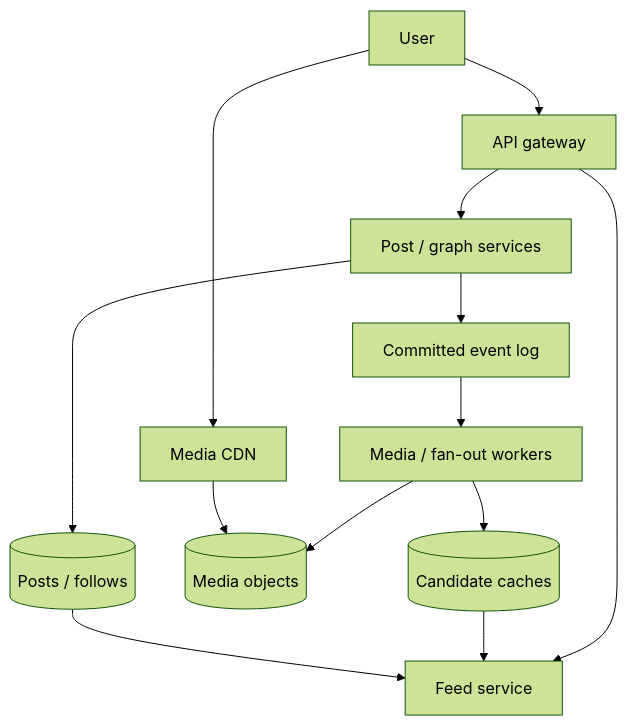
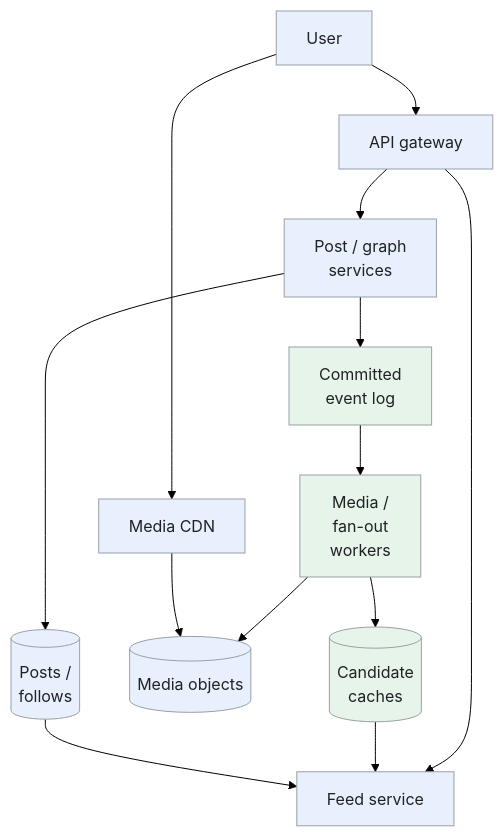
One commit to iliazlobin/iliazlobin.github.io changed the first of 4 diagrams in _designs/system-design-instagram.md. Above: the diagram before and after it, drawn with Mermaid (forest theme). The commit also changed other lines of this file and 131 other files, not shown here.

````diff
--- a/_designs/system-design-instagram.md
+++ b/_designs/system-design-instagram.md
@@ -140,15 +140,20 @@
 ```mermaid
 flowchart TB
   U[User] --> API[API gateway]
-  API --> P[Post / graph services]
-  P --> DB[(Posts / follows)]
-  P --> Q[Committed event log]
-  Q --> W[Media / fan-out workers]
+  API --> P["Post / graph<br>services"]
+  P --> DB[("Posts /<br>follows")]
+  P --> Q["Committed<br>event log"]
+  Q --> W["Media /<br>fan-out<br>workers"]
   W --> O[(Media objects)]
-  W --> C[(Candidate caches)]
+  W --> C[("Candidate<br>caches")]
   API --> F[Feed service]
   C --> F
   DB --> F
   U --> D[Media CDN]
   D --> O
+  classDef request fill:#e8f0fe,stroke:#9aa0a6,color:#202124,stroke-width:1px
+  classDef background fill:#e6f4ea,stroke:#9aa0a6,color:#202124,stroke-width:1px
+  classDef control fill:#fef7e0,stroke:#9aa0a6,color:#202124,stroke-width:1px
+  class U,API,P,DB,O,F,D request
+  class Q,W,C background
 ```
````
